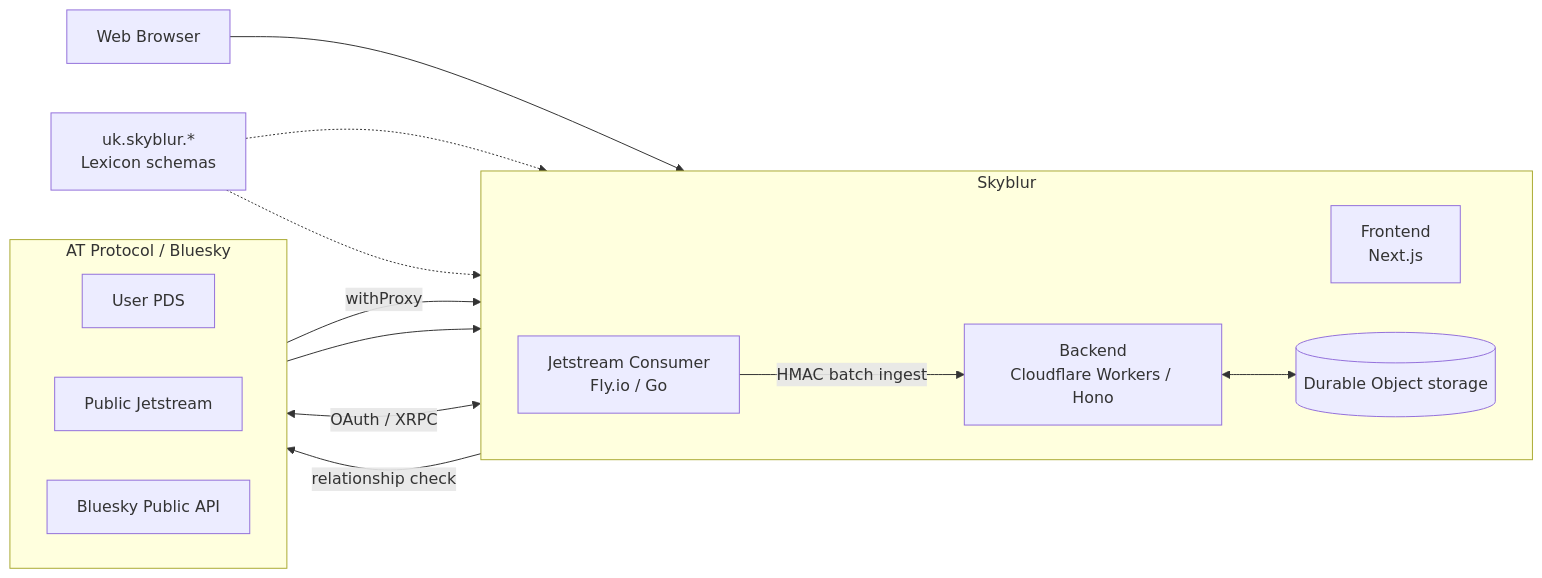
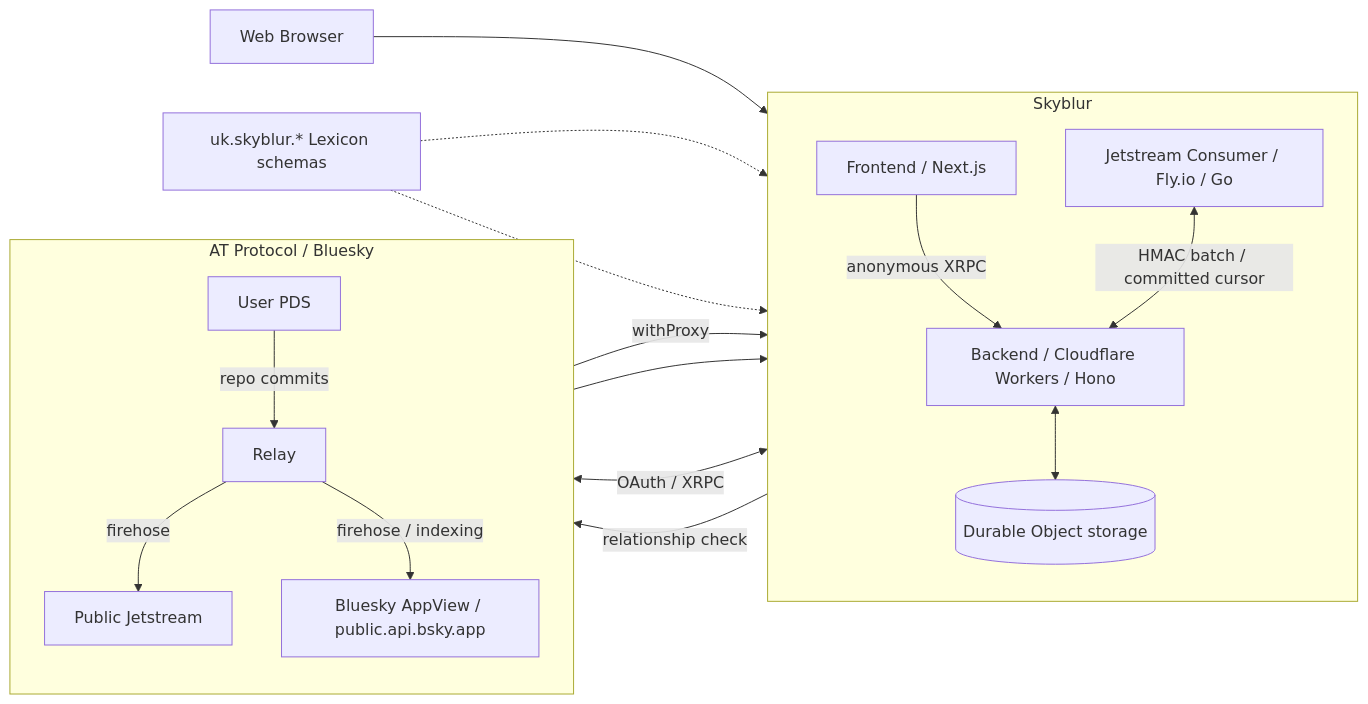
One commit to usounds/Skyblur changed the first of 4 diagrams in README.md. Above: the diagram before and after it, drawn with Mermaid.

Commit message:
わかりやすく

````diff
--- a/README.md
+++ b/README.md
@@ -10,31 +10,38 @@
 ```mermaid
 flowchart LR
     Browser["Web Browser"]
 
     subgraph Skyblur["Skyblur"]
-        direction LR
-        Frontend["Frontend<br/>Next.js"]
-        Backend["Backend<br/>Cloudflare Workers / Hono"]
-        Consumer["Jetstream Consumer<br/>Fly.io / Go"]
-        DO[("Durable Object storage")]
+        direction TB
+        Frontend["Frontend / Next.js"]
+        Backend["Backend / Cloudflare Workers / Hono"]
+        Consumer["Jetstream Consumer / Fly.io / Go"]
+        Storage[("Durable Object storage")]
+
+        Frontend -->|"anonymous XRPC"| Backend
+        Consumer <-->|"HMAC batch / committed cursor"| Backend
+        Backend <--> Storage
     end
 
     subgraph ATProtocol["AT Protocol / Bluesky"]
-        direction LR
+        direction TB
         PDS["User PDS"]
+        Relay["Relay"]
         Jetstream["Public Jetstream"]
-        PublicAPI["Bluesky Public API"]
+        PublicAPI["Bluesky AppView / public.api.bsky.app"]
+
+        PDS -->|"repo commits"| Relay
+        Relay -->|"firehose"| Jetstream
+        Relay -->|"firehose / indexing"| PublicAPI
     end
 
-    Lexicons["uk.skyblur.*<br/>Lexicon schemas"]
+    Lexicons["uk.skyblur.* Lexicon schemas"]
 
     Browser --> Frontend
     Frontend <-->|"OAuth / XRPC"| PDS
     PDS -->|"withProxy"| Backend
-    Backend <--> DO
     Backend -->|"relationship check"| PublicAPI
     Jetstream --> Consumer
-    Consumer -->|"HMAC batch ingest"| Backend
     Lexicons -.-> Frontend
     Lexicons -.-> Backend
 ```
````
